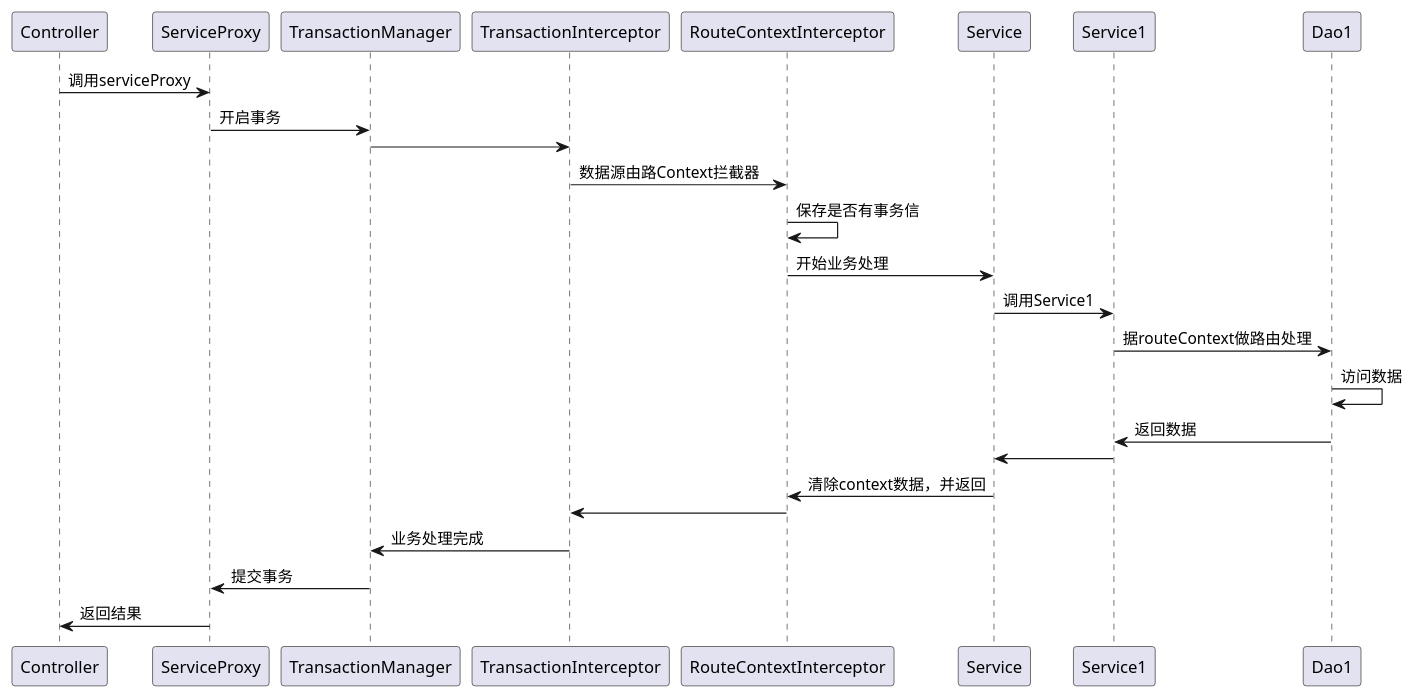
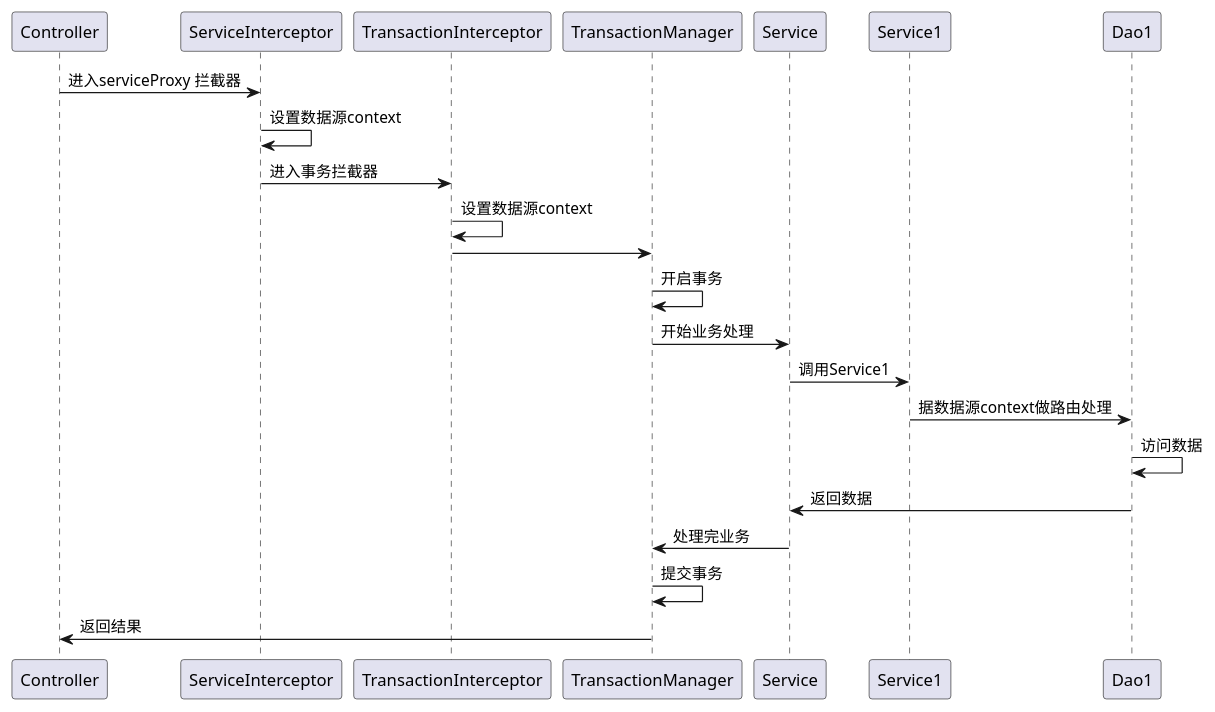
One commit to evefost/multiple-datasource changed the diagram in doc/业务调用过程.puml. Above: the diagram before and after it, drawn with PlantUML. The commit also changed 3 other files, not shown here.

```diff
--- a/doc/业务调用过程.puml
+++ b/doc/业务调用过程.puml
@@ -2,18 +2,16 @@
 @startuml
-Controller->ServiceProxy:调用serviceProxy
-ServiceProxy->TransactionManager:开启事务
-TransactionManager->TransactionInterceptor
-TransactionInterceptor->RouteContextInterceptor: 数据源由路Context拦截器
-RouteContextInterceptor->RouteContextInterceptor: 保存是否有事务信
-RouteContextInterceptor->Service:开始业务处理
+Controller->ServiceInterceptor:进入serviceProxy 拦截器
+ServiceInterceptor->ServiceInterceptor:设置数据源context
+ServiceInterceptor->TransactionInterceptor:进入事务拦截器
+TransactionInterceptor->TransactionInterceptor:设置数据源context
+TransactionManager<-TransactionInterceptor
+TransactionManager->TransactionManager:开启事务
+TransactionManager->Service:开始业务处理
 Service->Service1:调用Service1
-Service1->Dao1:据routeContext做路由处理
+Service1->Dao1:据数据源context做路由处理
 Dao1->Dao1:访问数据
-Dao1->Service1:返回数据
-Service1->Service:
-Service->RouteContextInterceptor:清除context数据，并返回
-RouteContextInterceptor->TransactionInterceptor:
-TransactionInterceptor->TransactionManager:业务处理完成
-TransactionManager->ServiceProxy:提交事务
-ServiceProxy->Controller:返回结果
+Dao1->Service:返回数据
+Service->TransactionManager:处理完业务
+TransactionManager->TransactionManager:提交事务
+TransactionManager->Controller:返回结果
 @enduml
```
